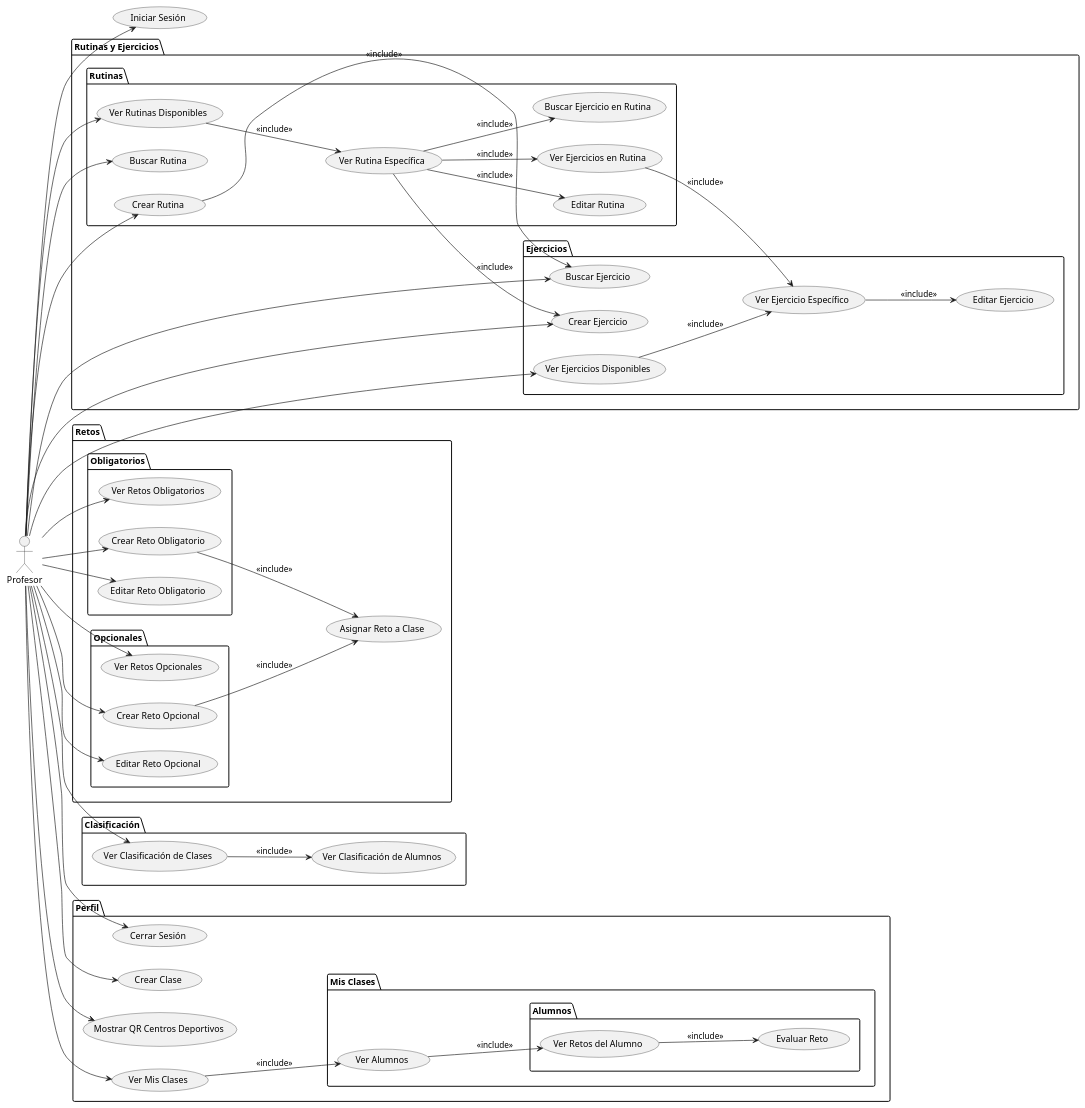
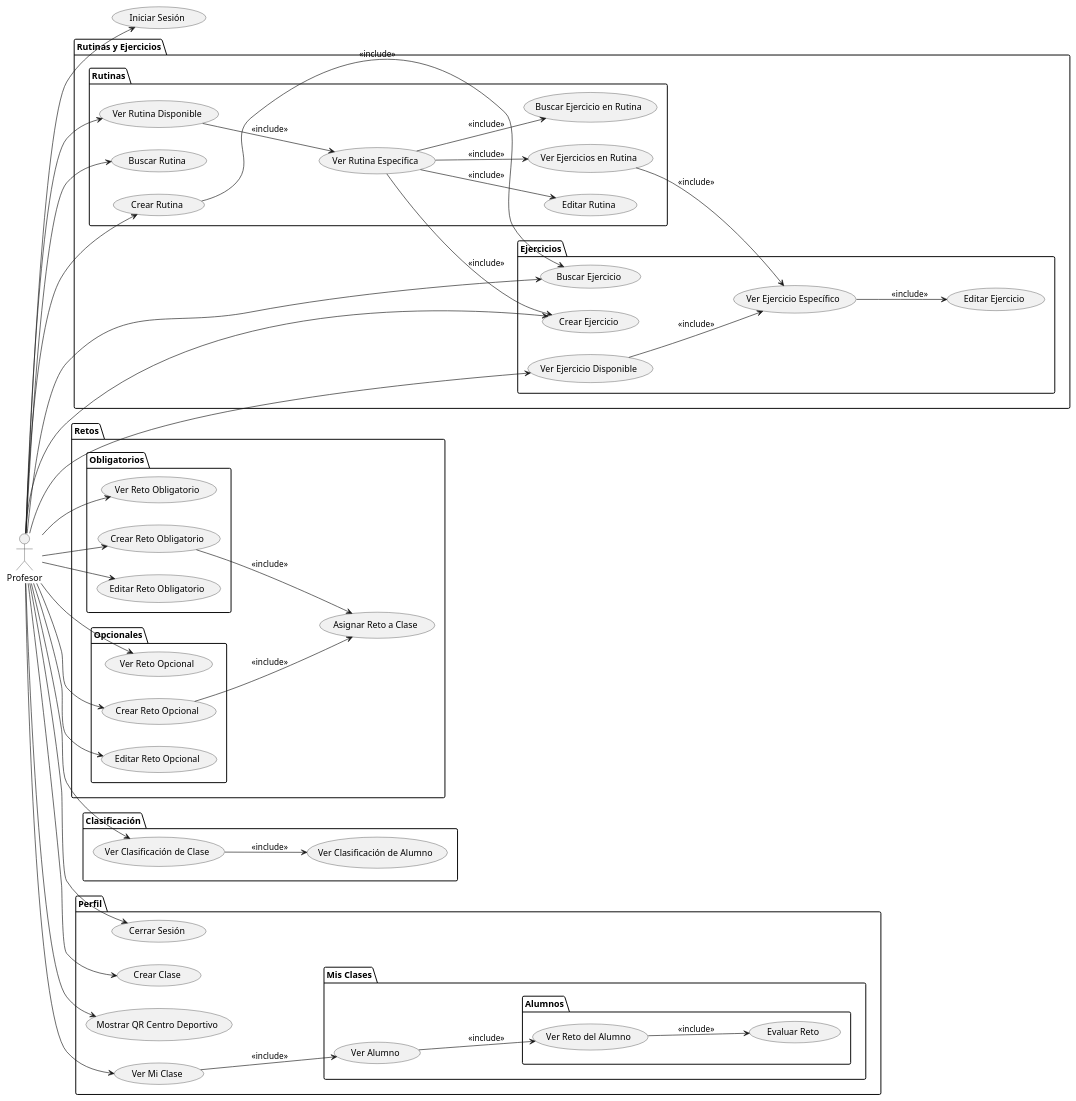
Before and after one commit to mmasias/24-25-IdSw1-SDR: the diagram in Documentos/CasosUso/CdU_Profesor.puml, drawn with PlantUML.

```diff
--- a/Documentos/CasosUso/CdU_Profesor.puml
+++ b/Documentos/CasosUso/CdU_Profesor.puml
@@ -1,110 +1,110 @@
 @startuml
 left to right direction
 actor Profesor
 
 package "Rutinas y Ejercicios" {
 
     package "Rutinas" {
-        usecase "Ver Rutinas Disponibles" as VerRutinasDisponibles
+        usecase "Ver Rutina Disponible" as VerRutinasDisponibles
         usecase "Buscar Rutina" as BuscarRutina
         usecase "Crear Rutina" as CrearRutina
         usecase "Ver Rutina Específica" as VerRutinaEspecifica
 
         usecase "Editar Rutina" as EditarRutina
         usecase "Ver Ejercicios en Rutina" as VerEjerciciosEnRutina
         usecase "Buscar Ejercicio en Rutina" as BuscarEjercicioEnRutina
         
     }
 
     package "Ejercicios" {
         usecase "Buscar Ejercicio" as BuscarEjercicio
-        usecase "Ver Ejercicios Disponibles" as VerEjerciciosDisponibles
+        usecase "Ver Ejercicio Disponible" as VerEjerciciosDisponibles
         usecase "Crear Ejercicio" as CrearEjercicio
 
         usecase "Ver Ejercicio Específico" as VerEjercicioEspecifico
         usecase "Editar Ejercicio" as EditarEjercicio
     }
 }
 
 package "Retos" {
     package "Obligatorios" {
-        usecase "Ver Retos Obligatorios" as VerRetosObligatorios
+        usecase "Ver Reto Obligatorio" as VerRetosObligatorios
         usecase "Crear Reto Obligatorio" as CrearRetoObligatorio
         usecase "Editar Reto Obligatorio" as EditarRetoObligatorio
     }
 
     package "Opcionales" {
-        usecase "Ver Retos Opcionales" as VerRetosOpcionales
+        usecase "Ver Reto Opcional" as VerRetosOpcionales
         usecase "Crear Reto Opcional" as CrearRetoOpcional
         usecase "Editar Reto Opcional" as EditarRetoOpcional
     }
 
     usecase "Asignar Reto a Clase" as AsignarRetoAClase
 }
 
 package "Clasificación" {
-    usecase "Ver Clasificación de Clases" as VerClasificacionClases
-    usecase "Ver Clasificación de Alumnos" as VerClasificacionAlumnos
+    usecase "Ver Clasificación de Clase" as VerClasificacionClases
+    usecase "Ver Clasificación de Alumno" as VerClasificacionAlumnos
     VerClasificacionClases --> VerClasificacionAlumnos : <<include>>
 }
 
 package "Perfil" {
     usecase "Cerrar Sesión" as CerrarSesion
     usecase "Crear Clase" as CrearClase
-    usecase "Mostrar QR Centros Deportivos" as MostrarQRCentros
-    usecase "Ver Mis Clases" as VerMisClases
+    usecase "Mostrar QR Centro Deportivo" as MostrarQRCentros
+    usecase "Ver Mi Clase" as VerMisClases
 
     package "Mis Clases" {
-        usecase "Ver Alumnos" as VerAlumnosEnClase
+        usecase "Ver Alumno" as VerAlumnosEnClase
 
         package "Alumnos" {
-            usecase "Ver Retos del Alumno" as VerRetosDelAlumno
+            usecase "Ver Reto del Alumno" as VerRetosDelAlumno
             usecase "Evaluar Reto" as EvaluarReto
         }
     }
 }
 
 usecase "Iniciar Sesión" as IniciarSesion
 
 Profesor --> IniciarSesion
 Profesor --> VerRutinasDisponibles
 Profesor --> BuscarRutina
 Profesor --> CrearRutina
 Profesor --> VerEjerciciosDisponibles
 Profesor --> BuscarEjercicio
 Profesor --> CrearEjercicio
 Profesor --> VerRetosObligatorios
 Profesor --> CrearRetoObligatorio
 Profesor --> EditarRetoObligatorio
 Profesor --> VerRetosOpcionales
 Profesor --> CrearRetoOpcional
 Profesor --> EditarRetoOpcional
 Profesor --> VerClasificacionClases
 Profesor --> CerrarSesion
 Profesor --> CrearClase
 Profesor --> MostrarQRCentros
 Profesor --> VerMisClases
 
 VerRutinasDisponibles --> VerRutinaEspecifica : <<include>>
 VerRutinaEspecifica --> CrearEjercicio : <<include>>
 VerRutinaEspecifica --> VerEjerciciosEnRutina : <<include>>
 VerRutinaEspecifica --> EditarRutina : <<include>>
 VerRutinaEspecifica --> BuscarEjercicioEnRutina : <<include>>
 
 
 VerEjerciciosEnRutina --> VerEjercicioEspecifico : <<include>> 
 VerEjercicioEspecifico --> EditarEjercicio : <<include>>       
 
 CrearRutina --> BuscarEjercicio : <<include>>
 
 
 VerEjerciciosDisponibles --> VerEjercicioEspecifico : <<include>>
 
 CrearRetoObligatorio --> AsignarRetoAClase : <<include>>
 CrearRetoOpcional --> AsignarRetoAClase : <<include>>
 
 VerMisClases --> VerAlumnosEnClase : <<include>>
 VerAlumnosEnClase --> VerRetosDelAlumno : <<include>>
 VerRetosDelAlumno --> EvaluarReto : <<include>>
 
 @enduml
```
